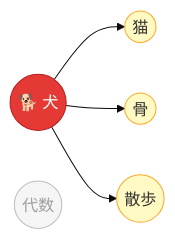
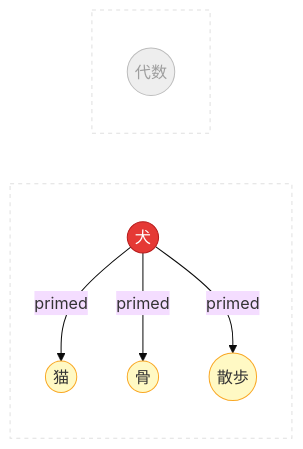
The second of 2 diagrams in docs/concepts.ja.md (takyone/spikuit), drawn with Mermaid (base theme) before and after one commit. The commit also changed 2 other files, not shown here.

Commit message:
docs: fix chart label overlap and spreading activation diagram
- Chart.js: add layout padding, limit tick counts, widen axis ranges
  to prevent data/label overlap
- Chart.js: deterministic LIF pressure (remove Math.random)
- Mermaid spreading activation: use subgraphs to clearly separate
  activated nodes from unconnected "algebra" node

````diff
--- a/docs/concepts.ja.md
+++ b/docs/concepts.ja.md
@@ -54,11 +54,17 @@
 ```mermaid
 graph LR
-    dog(("🐕 犬")):::fired --> cat(("猫")):::primed
-    dog --> bone(("骨")):::primed
-    dog --> walk(("散歩")):::primed
-    algebra(("代数")):::inactive
+    subgraph activated [" "]
+        dog(("犬")):::fired -->|primed| cat(("猫")):::primed
+        dog -->|primed| bone(("骨")):::primed
+        dog -->|primed| walk(("散歩")):::primed
+    end
+    subgraph not_activated [" "]
+        algebra(("代数")):::inactive
+    end
 
     classDef fired fill:#E53935,color:#fff,stroke:#B71C1C
     classDef primed fill:#FFF9C4,stroke:#F9A825
-    classDef inactive fill:#F5F5F5,stroke:#BDBDBD,color:#9E9E9E
+    classDef inactive fill:#EEEEEE,stroke:#BDBDBD,color:#9E9E9E
+    style activated fill:none,stroke:#E0E0E0,stroke-dasharray:4
+    style not_activated fill:none,stroke:#E0E0E0,stroke-dasharray:4
 ```
````
